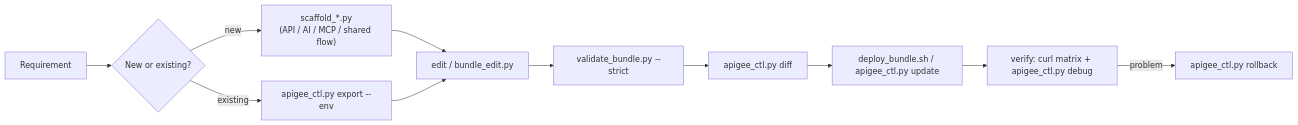
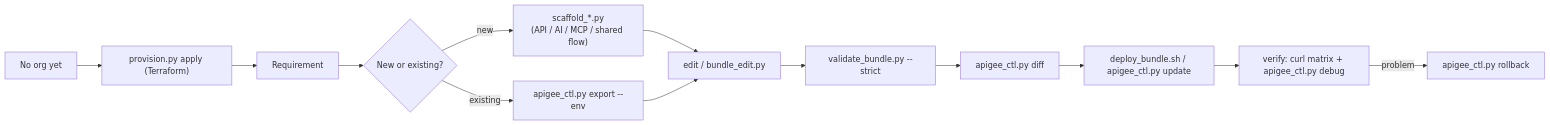
Before and after one commit to maloosatyam-google/apigee-skills: the diagram in README.md, drawn with Mermaid. The commit also changed other lines of this file and 15 other files, not shown here.

Commit message:
Add apigee-x-provisioning: Terraform module for non-peered Apigee X (PAYG INTERMEDIATE env + Analytics by default), provision.py wrapper, mocked-provider tests

````diff
--- a/README.md
+++ b/README.md
@@ -17,13 +18,14 @@
 ```mermaid
 flowchart LR
+  Z["No org yet"] --> Y["provision.py apply (Terraform)"] --> A
   A["Requirement"] --> B{"New or existing?"}
   B -- new --> C["scaffold_*.py<br/>(API / AI / MCP / shared flow)"]
   B -- existing --> D["apigee_ctl.py export --env"]
   C --> E["edit / bundle_edit.py"]
   D --> E
   E --> F["validate_bundle.py --strict"]
   F --> G["apigee_ctl.py diff"]
   G --> H["deploy_bundle.sh / apigee_ctl.py update"]
   H --> I["verify: curl matrix + apigee_ctl.py debug"]
   I -- problem --> J["apigee_ctl.py rollback"]
 ```
````
